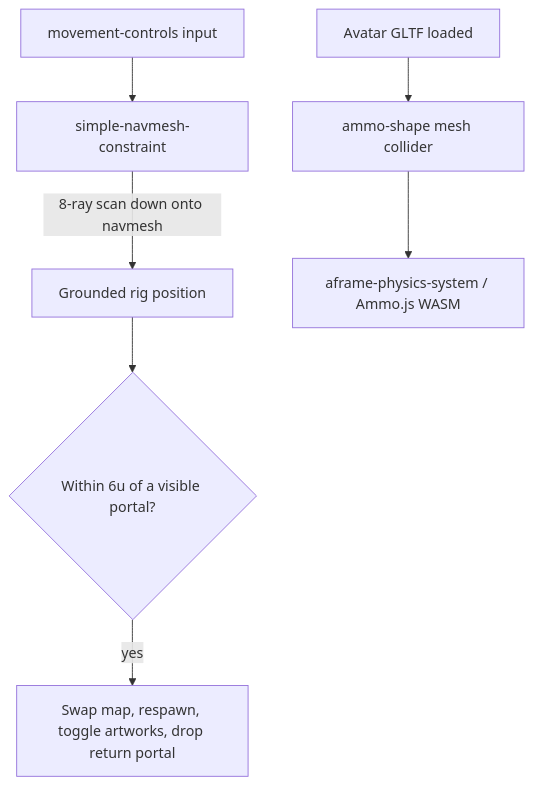
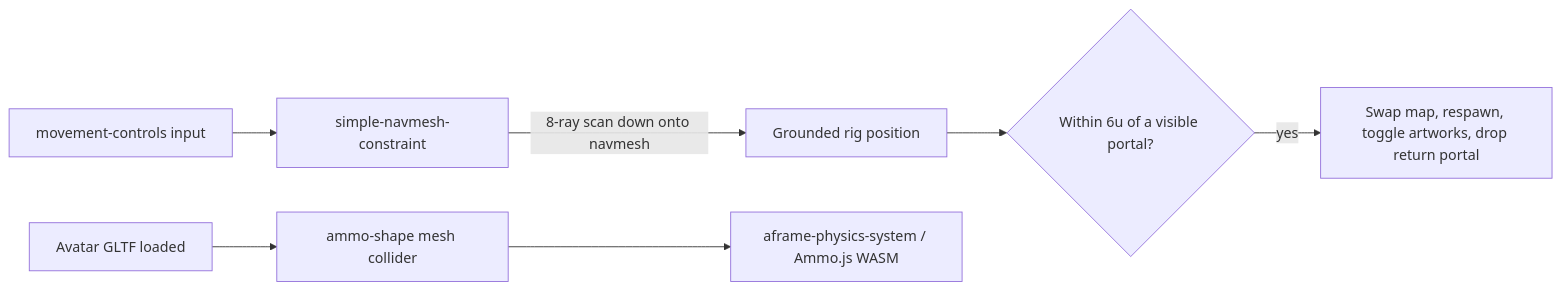
Before and after one commit to aenoriss/transcendence: the diagram in README.md, drawn with Mermaid.

Commit message:
Make architecture diagram horizontal (LR) to avoid excessive height

````diff
--- a/README.md
+++ b/README.md
@@ -22,9 +22,9 @@
 ```mermaid
-flowchart TD
+flowchart LR
   I[movement-controls input] --> N[simple-navmesh-constraint]
   N -->|8-ray scan down onto navmesh| G[Grounded rig position]
   G --> P{Within 6u of a visible portal?}
   P -->|yes| SW[Swap map, respawn, toggle artworks, drop return portal]
   A[Avatar GLTF loaded] --> AM[ammo-shape mesh collider]
   AM --> PHYS[aframe-physics-system / Ammo.js WASM]
 ```
````
